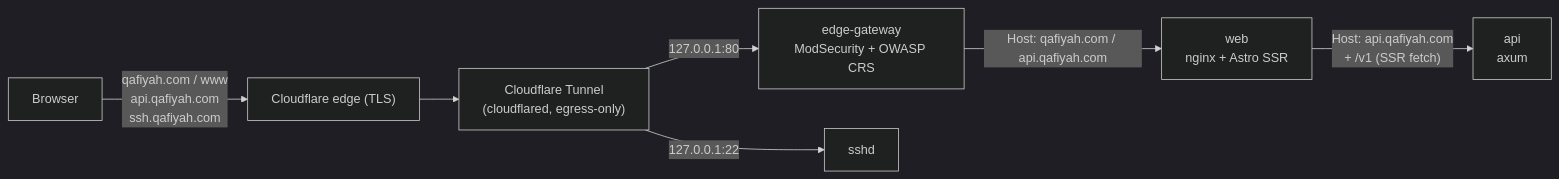
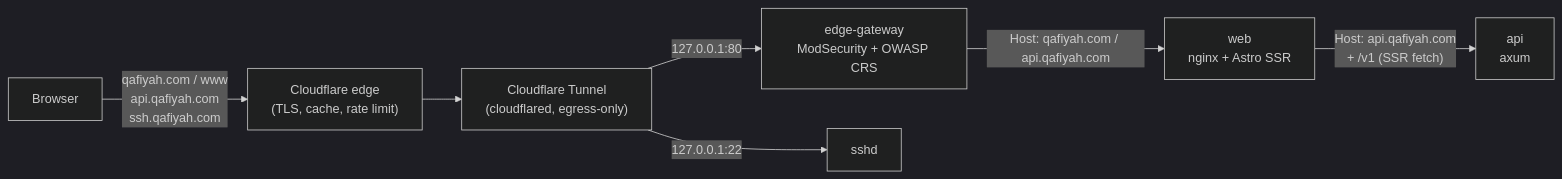
The first of 4 diagrams in docs/topology.md (raaqimorg/qafiyah), drawn with Mermaid (dark theme) before and after one commit. The commit also changed other lines of this file and 1 other file, not shown here.

Commit message:
docs(deployment): list the Cloudflare, nginx, and API rate limits in one place, noting that the Cloudflare rule counts each IPv6 address on its own

````diff
--- a/docs/topology.md
+++ b/docs/topology.md
@@ -12,9 +12,9 @@
 ```mermaid
 flowchart LR
-    browser["Browser"] -->|"qafiyah.com / www<br/>api.qafiyah.com<br/>ssh.qafiyah.com"| cf["Cloudflare edge (TLS)"]
+    browser["Browser"] -->|"qafiyah.com / www<br/>api.qafiyah.com<br/>ssh.qafiyah.com"| cf["Cloudflare edge<br/>(TLS, cache, rate limit)"]
     cf --> tunnel["Cloudflare Tunnel<br/>(cloudflared, egress-only)"]
     tunnel -->|"127.0.0.1:80"| edge["edge-gateway<br/>ModSecurity + OWASP CRS"]
     tunnel -->|"127.0.0.1:22"| sshd["sshd"]
     edge -->|"Host: qafiyah.com / api.qafiyah.com"| web["web<br/>nginx + Astro SSR"]
     web -->|"Host: api.qafiyah.com<br/>+ /v1 (SSR fetch)"| api["api<br/>axum"]
 ```
````
